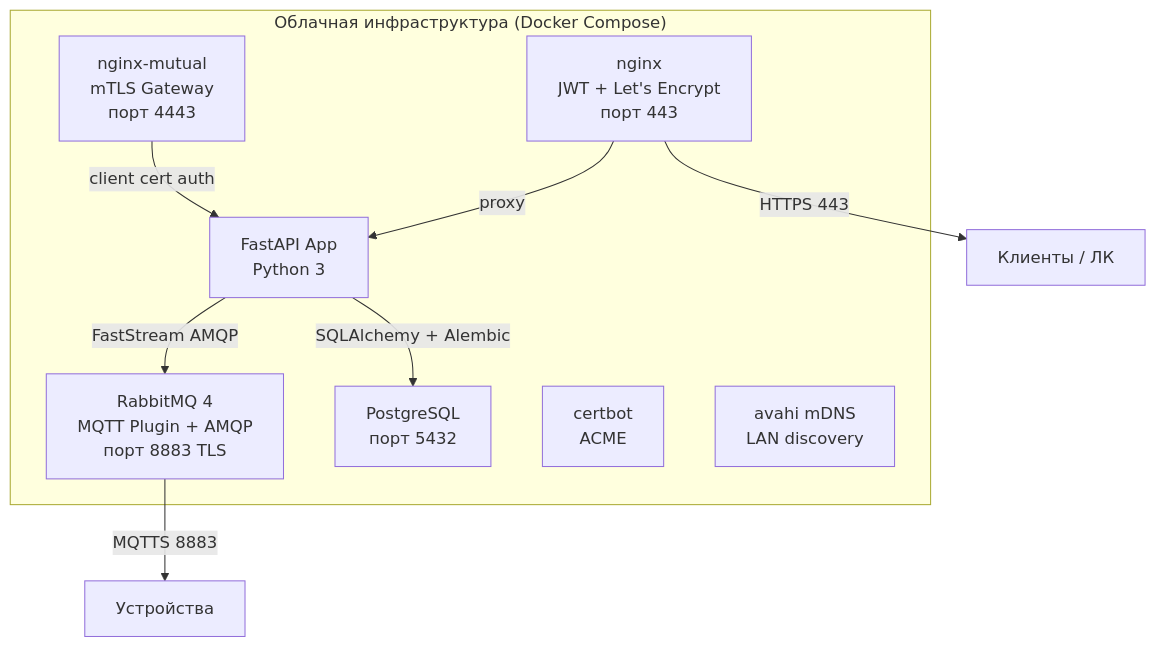
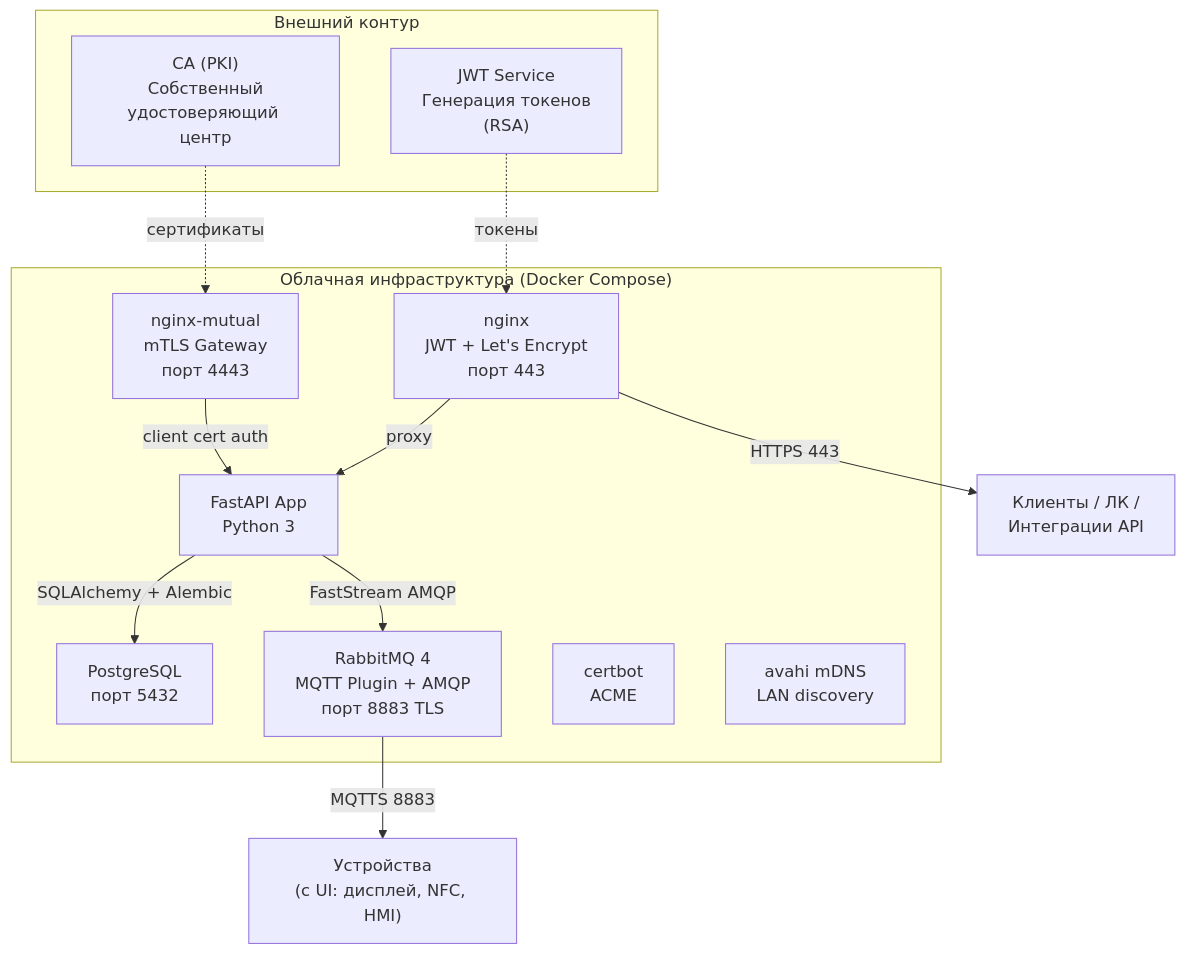
Before and after one commit to OlegLebedevRU/iot-rpc-rest-app: the second of 11 diagrams in docs/solution-presentation.md, drawn with Mermaid. The commit also changed other lines of this file, not shown here.

````diff
--- a/docs/solution-presentation.md
+++ b/docs/solution-presentation.md
@@ -73,19 +77,26 @@
 ```mermaid
 graph TB
     subgraph "Облачная инфраструктура (Docker Compose)"
         NGINX_JWT["nginx<br/>JWT + Let's Encrypt<br/>порт 443"]
         NGINX_MTLS["nginx-mutual<br/>mTLS Gateway<br/>порт 4443"]
         APP["FastAPI App<br/>Python 3"]
         RMQ["RabbitMQ 4<br/>MQTT Plugin + AMQP<br/>порт 8883 TLS"]
         PG["PostgreSQL<br/>порт 5432"]
         CERTBOT["certbot<br/>ACME"]
         AVAHI["avahi mDNS<br/>LAN discovery"]
     end
 
+    subgraph "Внешний контур"
+        CA["CA (PKI)<br/>Собственный<br/>удостоверяющий центр"]
+        JWT_SVC["JWT Service<br/>Генерация токенов<br/>(RSA)"]
+    end
+
     NGINX_JWT -->|proxy| APP
     NGINX_MTLS -->|client cert auth| APP
     APP -->|SQLAlchemy + Alembic| PG
     APP -->|FastStream AMQP| RMQ
-    RMQ -->|MQTTS 8883| DEVICES["Устройства"]
-    NGINX_JWT -->|HTTPS 443| CLIENTS["Клиенты / ЛК"]
+    CA -.->|сертификаты| NGINX_MTLS
+    JWT_SVC -.->|токены| NGINX_JWT
+    RMQ -->|MQTTS 8883| DEVICES["Устройства<br/>(с UI: дисплей, NFC, HMI)"]
+    NGINX_JWT -->|HTTPS 443| CLIENTS["Клиенты / ЛК /<br/>Интеграции API"]
 ```
````
